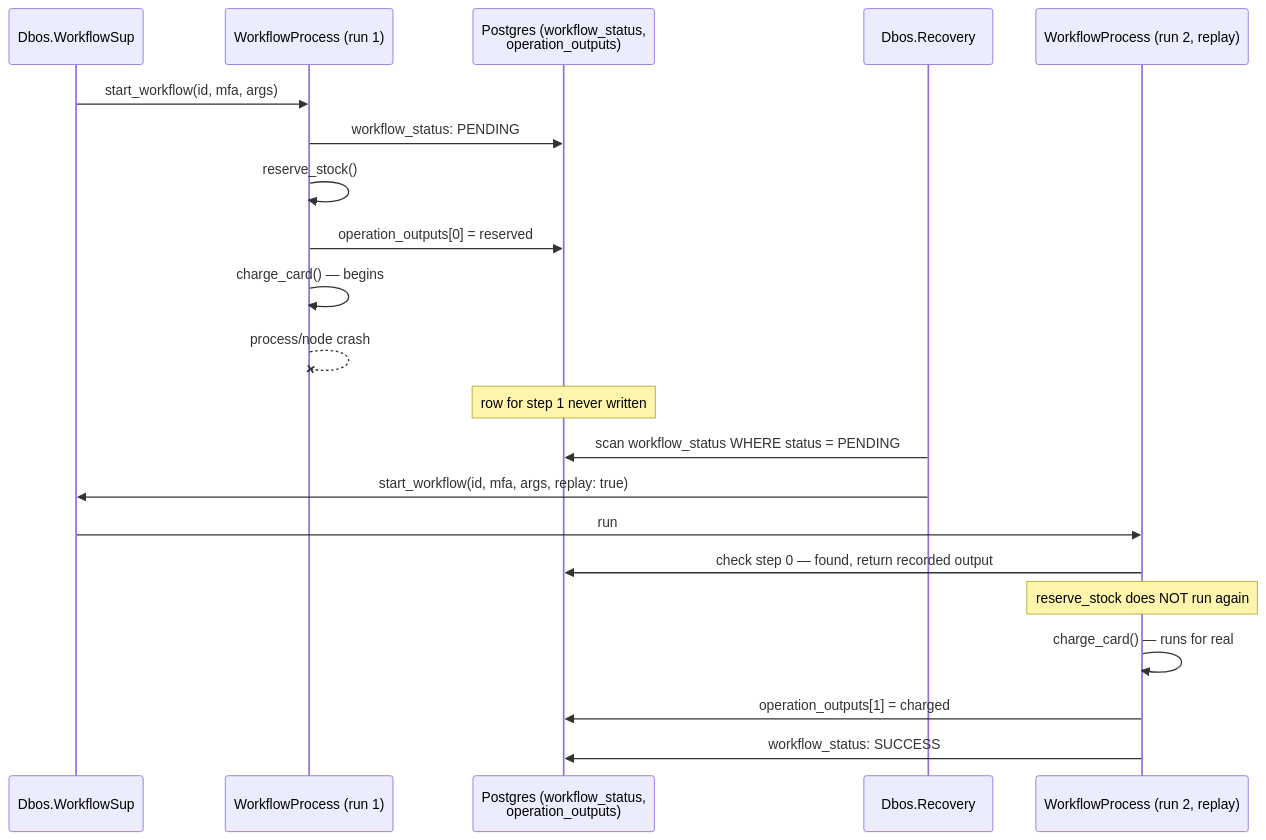
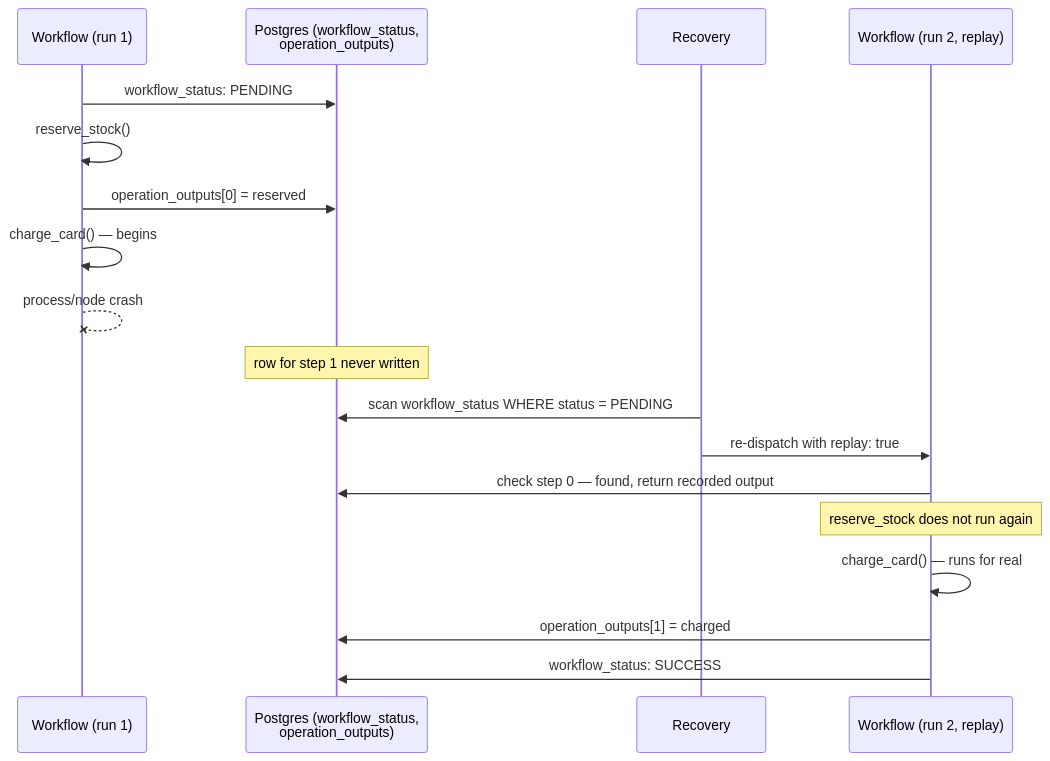
One commit to mbuhot/dbos_elixir changed the diagram in guides/architecture.md. Above: the diagram before and after it, drawn with Mermaid. The commit also changed other lines of this file and 61 other files, not shown here.

````diff
--- a/guides/architecture.md
+++ b/guides/architecture.md
@@ -11,25 +10,22 @@
 ```mermaid
 sequenceDiagram
-    participant Sup as Dbos.WorkflowSup
-    participant P1 as WorkflowProcess (run 1)
+    participant P1 as Workflow (run 1)
     participant DB as Postgres (workflow_status,<br/>operation_outputs)
-    participant Rec as Dbos.Recovery
-    participant P2 as WorkflowProcess (run 2, replay)
+    participant Rec as Recovery
+    participant P2 as Workflow (run 2, replay)
 
-    Sup->>P1: start_workflow(id, mfa, args)
     P1->>DB: workflow_status: PENDING
     P1->>P1: reserve_stock()
     P1->>DB: operation_outputs[0] = reserved
     P1->>P1: charge_card() — begins
     P1--xP1: process/node crash
     Note over DB: row for step 1 never written
 
     Rec->>DB: scan workflow_status WHERE status = PENDING
-    Rec->>Sup: start_workflow(id, mfa, args, replay: true)
-    Sup->>P2: run
+    Rec->>P2: re-dispatch with replay: true
     P2->>DB: check step 0 — found, return recorded output
-    Note over P2: reserve_stock does NOT run again
+    Note over P2: reserve_stock does not run again
     P2->>P2: charge_card() — runs for real
     P2->>DB: operation_outputs[1] = charged
     P2->>DB: workflow_status: SUCCESS
 ```
````
